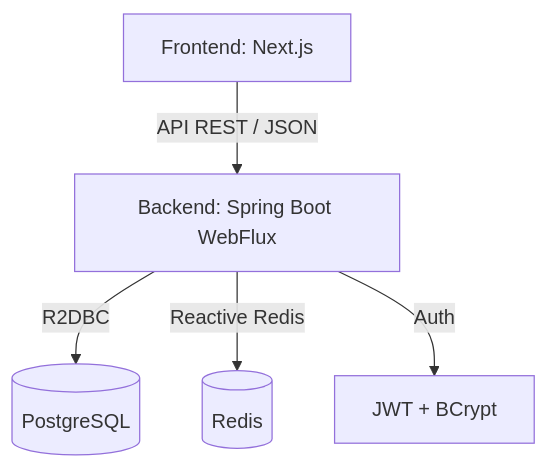
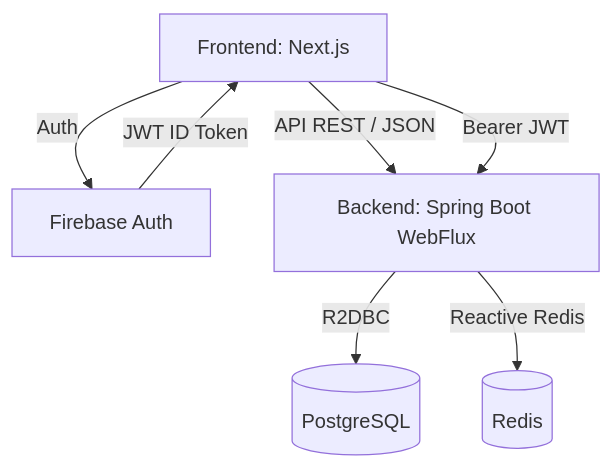
One commit to ROLAINTCHAPET/HACKATHON3_RODAMI changed the diagram in README.md. Above: the diagram before and after it, drawn with Mermaid. The commit also changed other lines of this file, not shown here.

Commit message:
docs: include Firebase Auth in README architecture and tech stack

````diff
--- a/README.md
+++ b/README.md
@@ -11,7 +11,9 @@
 ```mermaid
 graph TD
-    Client[Frontend: Next.js] -->|API REST / JSON| Server[Backend: Spring Boot WebFlux]
+    Client[Frontend: Next.js] -->|Auth| Firebase[Firebase Auth]
+    Client -->|API REST / JSON| Server[Backend: Spring Boot WebFlux]
+    Firebase -->|JWT ID Token| Client
+    Client -->|Bearer JWT| Server
     Server -->|R2DBC| DB[(PostgreSQL)]
     Server -->|Reactive Redis| Cache[(Redis)]
-    Server -->|Auth| Security[JWT + BCrypt]
 ```
````
